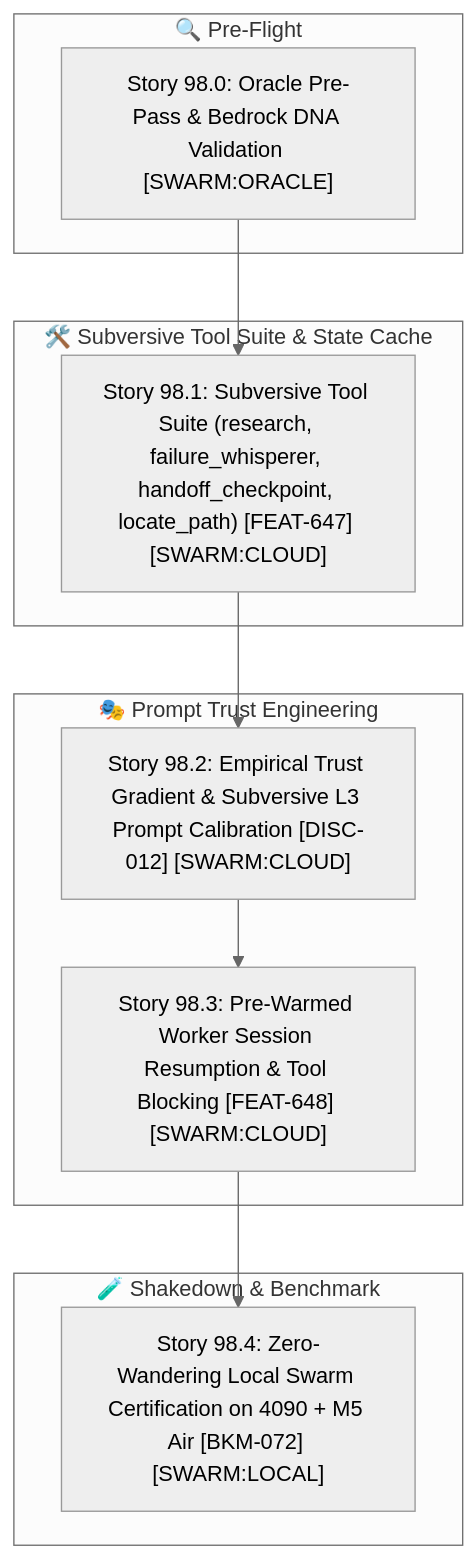
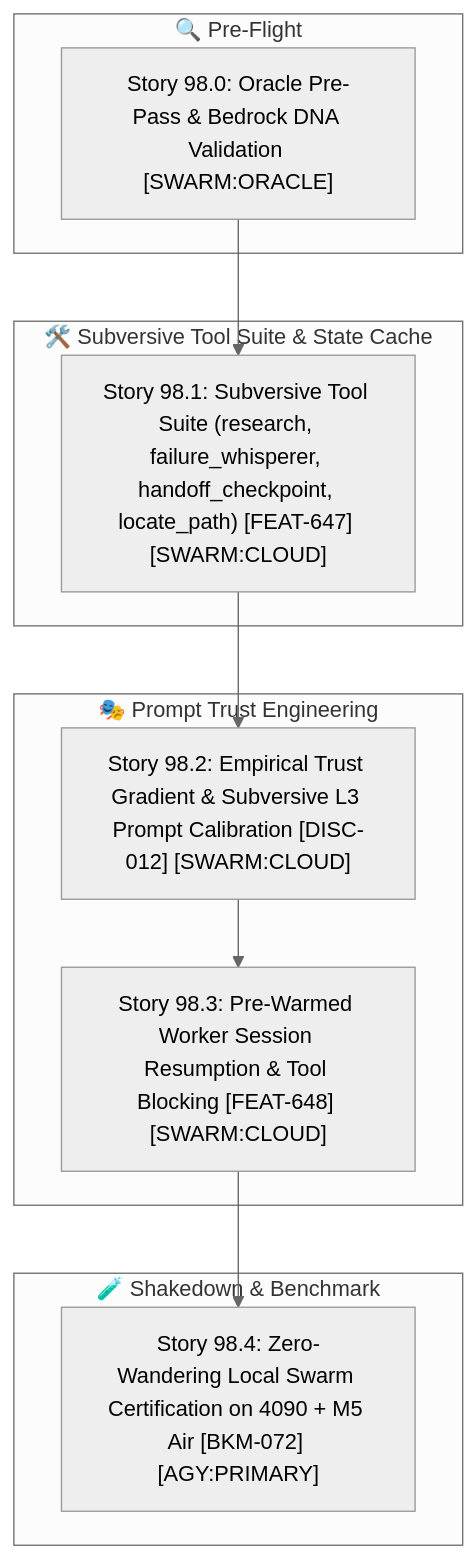
Before and after one commit to kEnder242/Portfolio_Dev: the diagram in docs/sprints/active/SPRINT_PLAN_SPR_98_0.md, drawn with Mermaid (neutral theme). The commit also changed other lines of this file, not shown here.

Commit message:
docs: anchor Story 98.4 to AGY:PRIMARY and specify 27B model stack (Qwen3.8-27B & Ternary-Bonsai-27B)

````diff
--- a/docs/sprints/active/SPRINT_PLAN_SPR_98_0.md
+++ b/docs/sprints/active/SPRINT_PLAN_SPR_98_0.md
@@ -24,21 +24,21 @@
 ```mermaid
 flowchart TD
     subgraph STAGE0 ["🔍 Pre-Flight"]
         S98_0["Story 98.0: Oracle Pre-Pass & Bedrock DNA Validation [SWARM:ORACLE]"]
     end
     subgraph STAGE1 ["🛠️ Subversive Tool Suite & State Cache"]
         S98_1["Story 98.1: Subversive Tool Suite (research, failure_whisperer, handoff_checkpoint, locate_path) [FEAT-647] [SWARM:CLOUD]"]
     end
     subgraph STAGE2 ["🎭 Prompt Trust Engineering"]
         S98_2["Story 98.2: Empirical Trust Gradient & Subversive L3 Prompt Calibration [DISC-012] [SWARM:CLOUD]"]
         S98_3["Story 98.3: Pre-Warmed Worker Session Resumption & Tool Blocking [FEAT-648] [SWARM:CLOUD]"]
     end
     subgraph STAGE3 ["🧪 Shakedown & Benchmark"]
-        S98_4["Story 98.4: Zero-Wandering Local Swarm Certification on 4090 + M5 Air [BKM-072] [SWARM:LOCAL]"]
+        S98_4["Story 98.4: Zero-Wandering Local Swarm Certification on 4090 + M5 Air [BKM-072] [AGY:PRIMARY]"]
     end
 
     S98_0 --> S98_1
     S98_1 --> S98_2
     S98_2 --> S98_3
     S98_3 --> S98_4
 ```
````
